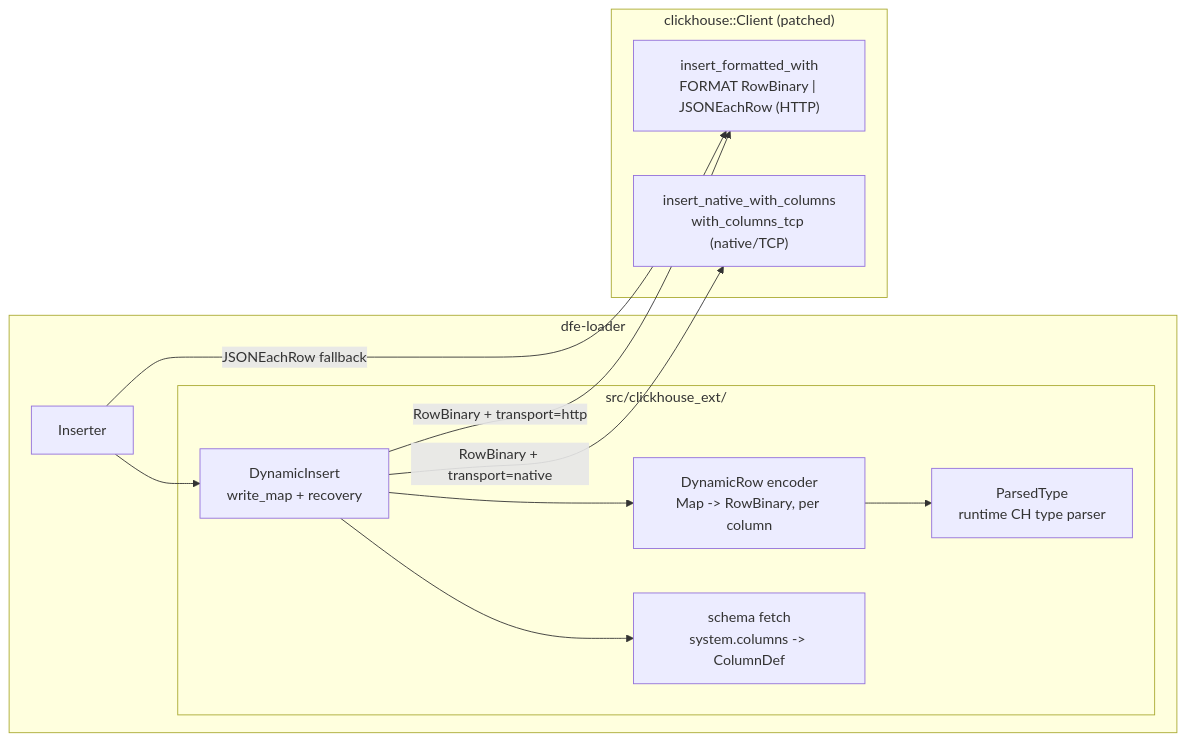
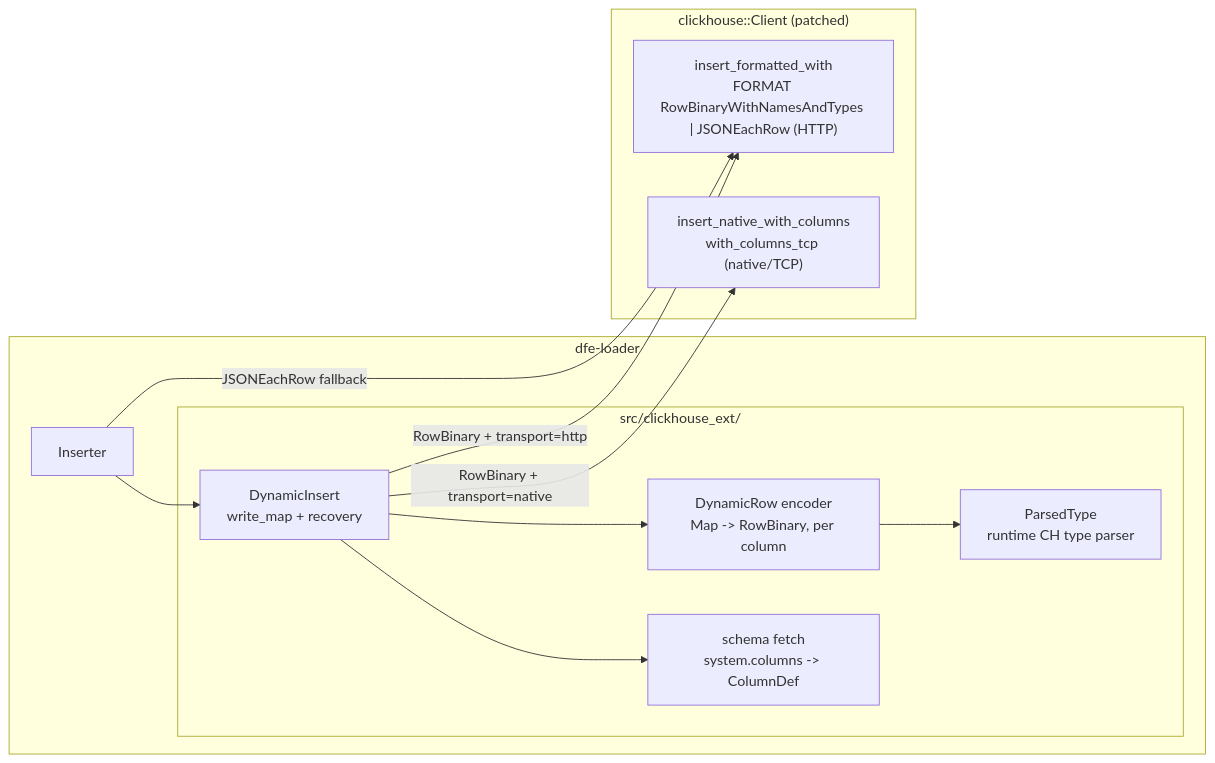
One commit to hyperi-io/dfe-loader changed the second of 3 diagrams in docs/ARCHITECTURE.md. Above: the diagram before and after it, drawn with Mermaid. The commit also changed other lines of this file and 9 other files, not shown here.

````diff
--- a/docs/ARCHITECTURE.md
+++ b/docs/ARCHITECTURE.md
@@ -65,23 +65,23 @@
 ```mermaid
 flowchart LR
     subgraph loader["dfe-loader"]
         INS["Inserter"]
         subgraph ext["src/clickhouse_ext/"]
             PT["ParsedType<br/>runtime CH type parser"]
             ENC["DynamicRow encoder<br/>Map -> RowBinary, per column"]
             SCH["schema fetch<br/>system.columns -> ColumnDef"]
             DI["DynamicInsert<br/>write_map + recovery"]
         end
     end
     subgraph fork["clickhouse::Client (patched)"]
-        IFW["insert_formatted_with<br/>FORMAT RowBinary | JSONEachRow (HTTP)"]
+        IFW["insert_formatted_with<br/>FORMAT RowBinaryWithNamesAndTypes | JSONEachRow (HTTP)"]
         INC["insert_native_with_columns<br/>with_columns_tcp (native/TCP)"]
     end
 
     INS --> DI
     DI --> ENC --> PT
     DI --> SCH
     DI -->|RowBinary + transport=http| IFW
     DI -->|RowBinary + transport=native| INC
     INS -->|JSONEachRow fallback| IFW
 ```
````
